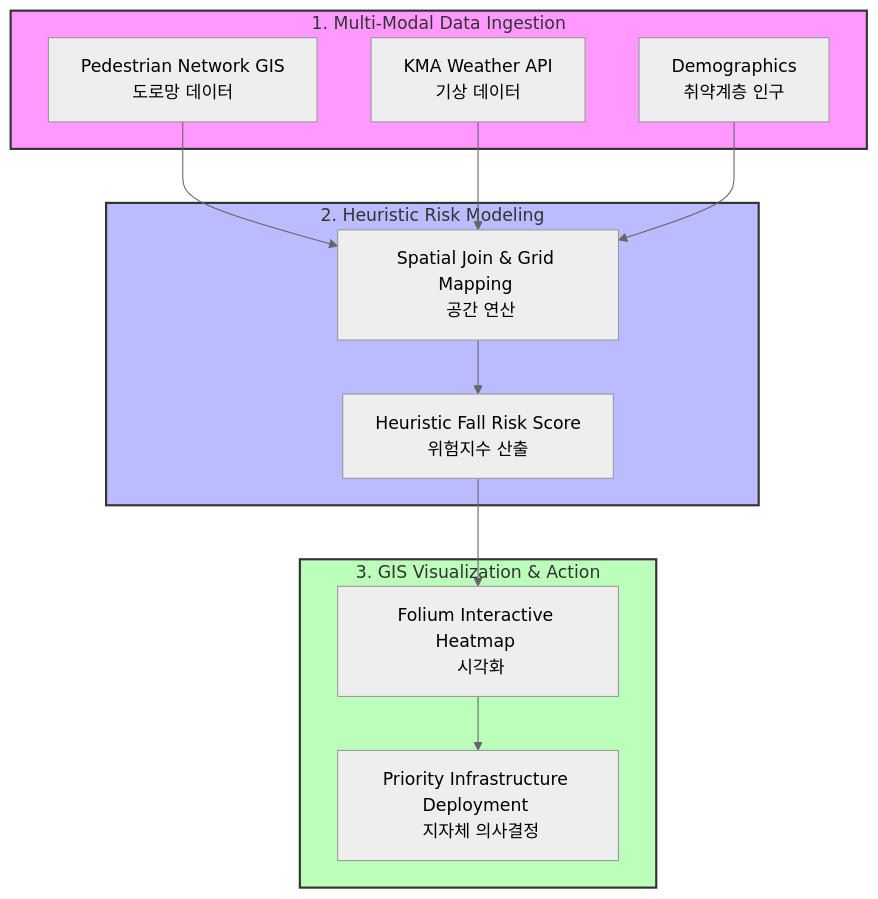
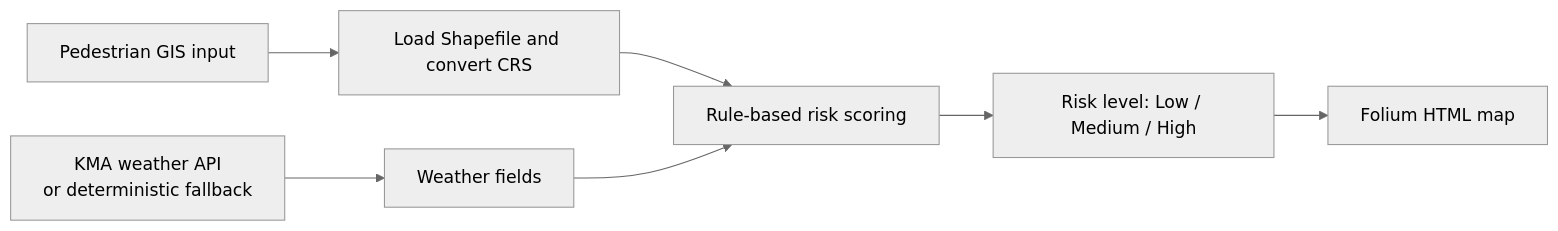
Before and after one commit to junhyung-L/The-11th-Incheon-Public-Data-Utilization-Competition: the diagram in README.md, drawn with Mermaid (neutral theme). The commit also changed other lines of this file and 10 other files, not shown here.

````diff
--- a/README.md
+++ b/README.md
@@ -26,22 +14,9 @@
 ```mermaid
-graph TD
-    subgraph Data_Acquisition [1. Multi-Modal Data Ingestion]
-        A[Pedestrian Network GIS <br> 도로망 데이터]
-        B[KMA Weather API <br> 기상 데이터]
-        C[Demographics <br> 취약계층 인구]
-    end
-
-    subgraph Core_Processing [2. Heuristic Risk Modeling]
-        A & B & C --> D[Spatial Join & Grid Mapping <br> 공간 연산]
-        D --> E[Heuristic Fall Risk Score <br> 위험지수 산출]
-    end
-
-    subgraph Visualization_Action [3. GIS Visualization & Action]
-        E --> F[Folium Interactive Heatmap <br> 시각화]
-        F --> G[Priority Infrastructure Deployment <br> 지자체 의사결정]
-    end
-
-    style Data_Acquisition fill:#f9f,stroke:#333,stroke-width:2px
-    style Core_Processing fill:#bbf,stroke:#333,stroke-width:2px
-    style Visualization_Action fill:#bfb,stroke:#333,stroke-width:2px
+flowchart LR
+    A[Pedestrian GIS input] --> B[Load Shapefile and convert CRS]
+    C[KMA weather API<br/>or deterministic fallback] --> D[Weather fields]
+    B --> E[Rule-based risk scoring]
+    D --> E
+    E --> F[Risk level: Low / Medium / High]
+    F --> G[Folium HTML map]
 ```
````
